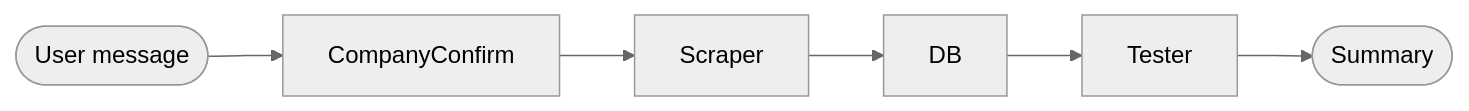
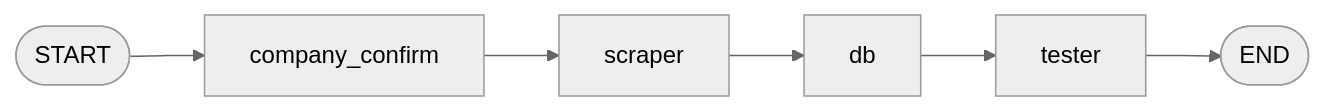
Before and after one commit to mahadevaiahrashmi/job-chatbot-langchain: the diagram in README.md, drawn with Mermaid (neutral theme). The commit also changed other lines of this file and 2 other files, not shown here.

First line of the commit message:
Add USER-MANUAL, SYSTEM-DESIGN, and split README into non-tech/tech sections

````diff
--- a/README.md
+++ b/README.md
@@ -14,8 +66,8 @@
 ```mermaid
 flowchart LR
-    Start([User message]) --> A[CompanyConfirm]
-    A --> B[Scraper]
-    B --> C[DB]
-    C --> D[Tester]
-    D --> End([Summary])
+    Start([START]) --> A[company_confirm]
+    A --> B[scraper]
+    B --> C[db]
+    C --> D[tester]
+    D --> End([END])
 ```
````
